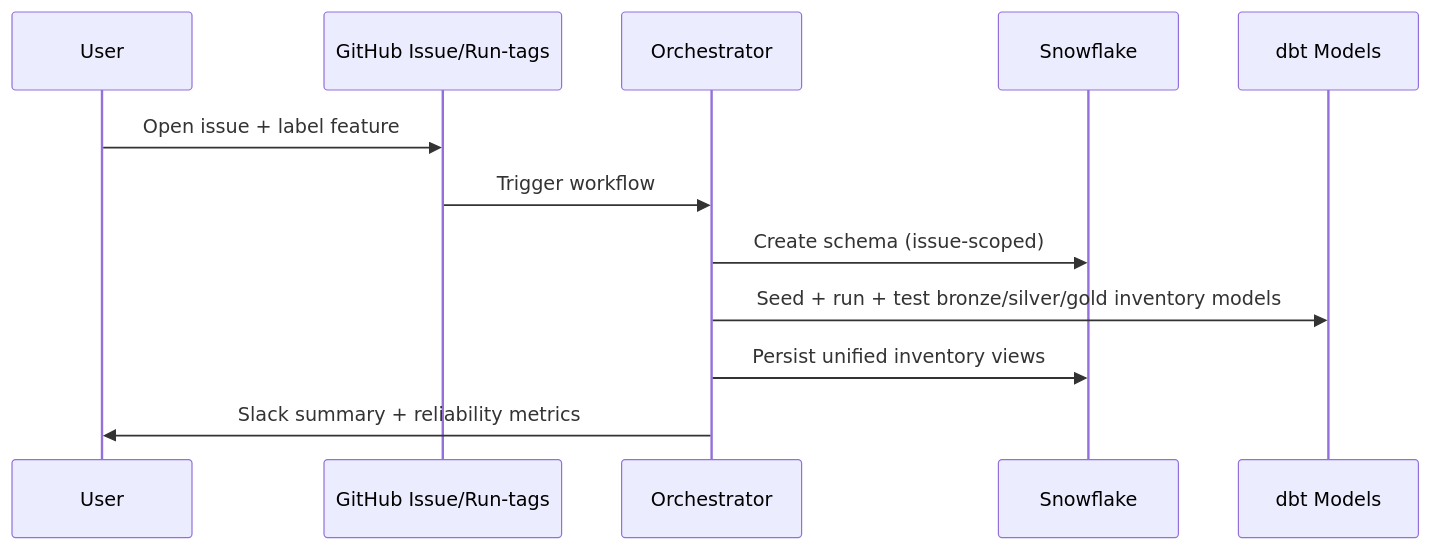
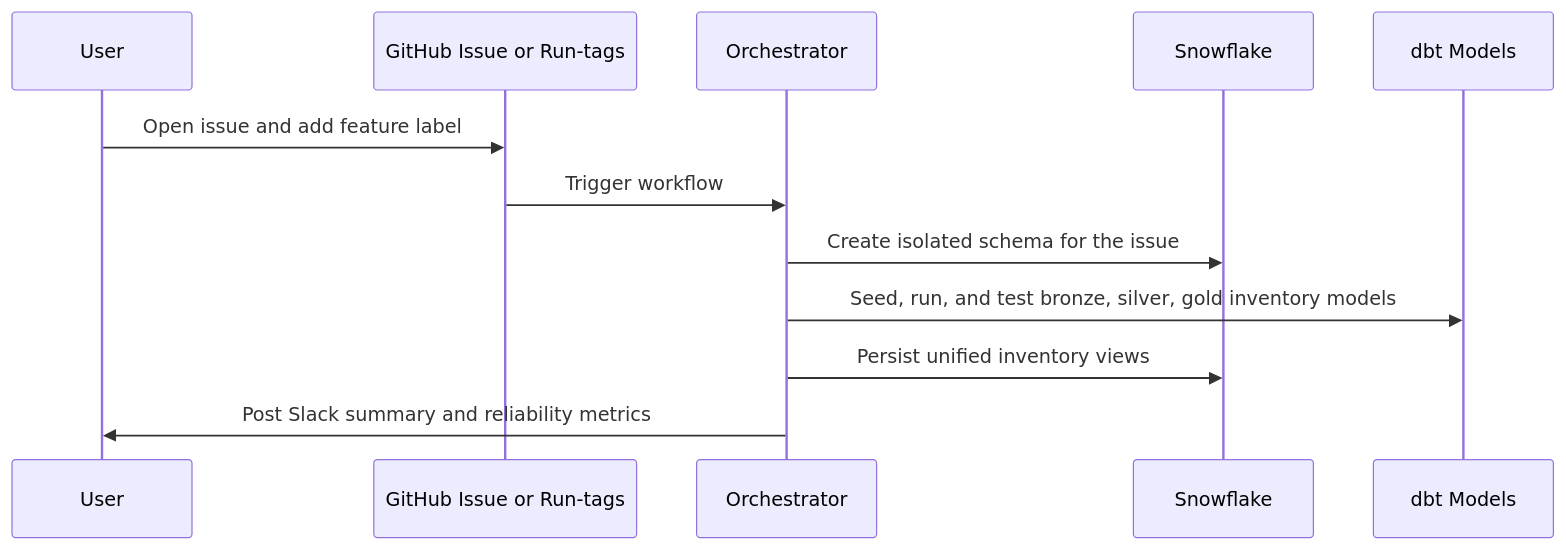
Before and after one commit to org-runink/DataOps_Lab: the second of 2 diagrams in README.md, drawn with Mermaid. The commit also changed other lines of this file and 4 other files, not shown here.

````diff
--- a/README.md
+++ b/README.md
@@ -61,15 +56,15 @@
 ```mermaid
 sequenceDiagram
     participant User
-    participant GitHub as GitHub Issue/Run-tags
+    participant GitHub as GitHub Issue or Run-tags
     participant Orchestrator
     participant Snowflake
     participant dbt as dbt Models
 
-    User->>GitHub: Open issue + label feature
+    User->>GitHub: Open issue and add feature label
     GitHub->>Orchestrator: Trigger workflow
-    Orchestrator->>Snowflake: Create schema (issue-scoped)
-    Orchestrator->>dbt: Seed + run + test bronze/silver/gold inventory models
+    Orchestrator->>Snowflake: Create isolated schema for the issue
+    Orchestrator->>dbt: Seed, run, and test bronze, silver, gold inventory models
     Orchestrator->>Snowflake: Persist unified inventory views
-    Orchestrator->>User: Slack summary + reliability metrics
+    Orchestrator->>User: Post Slack summary and reliability metrics
 ```
````
